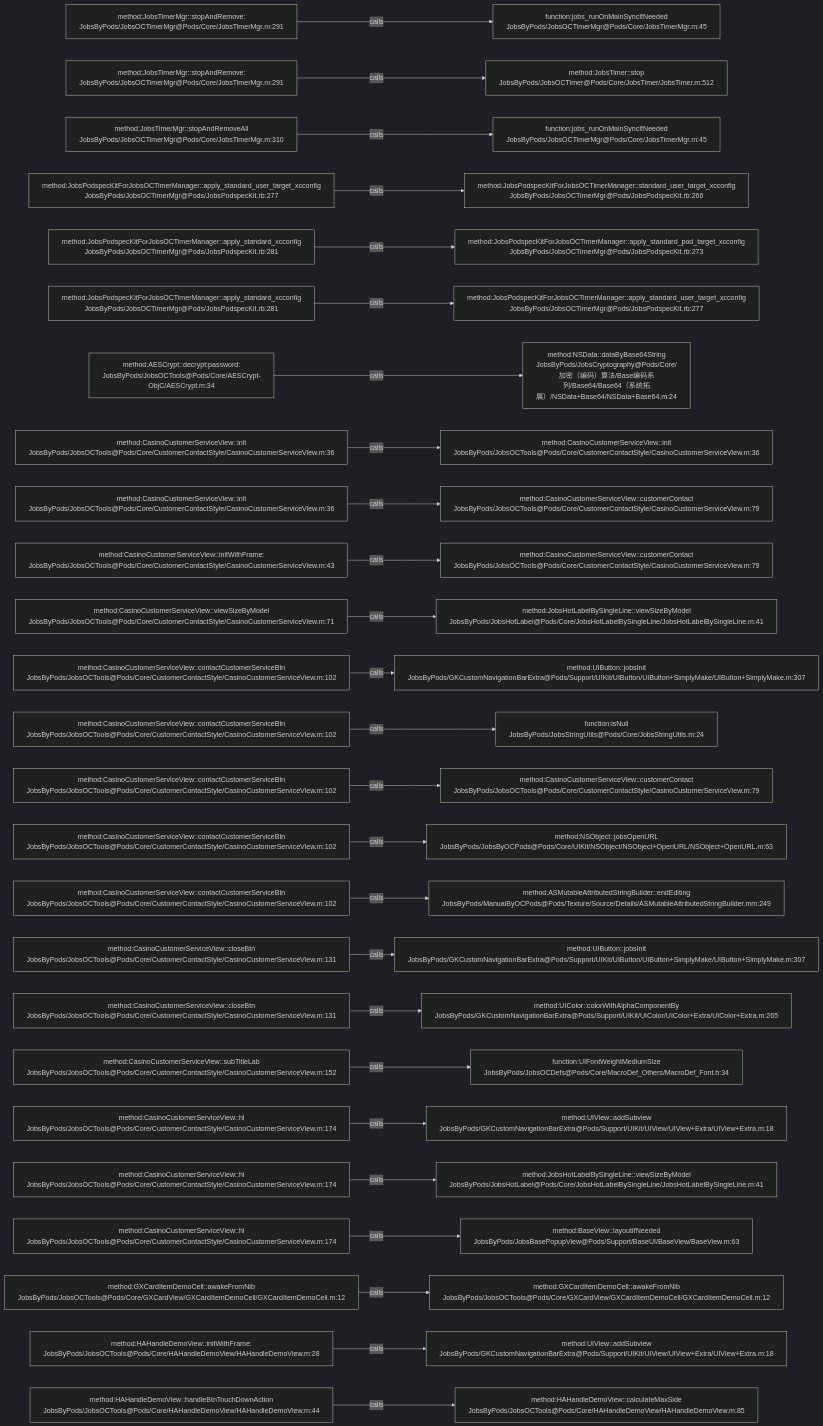
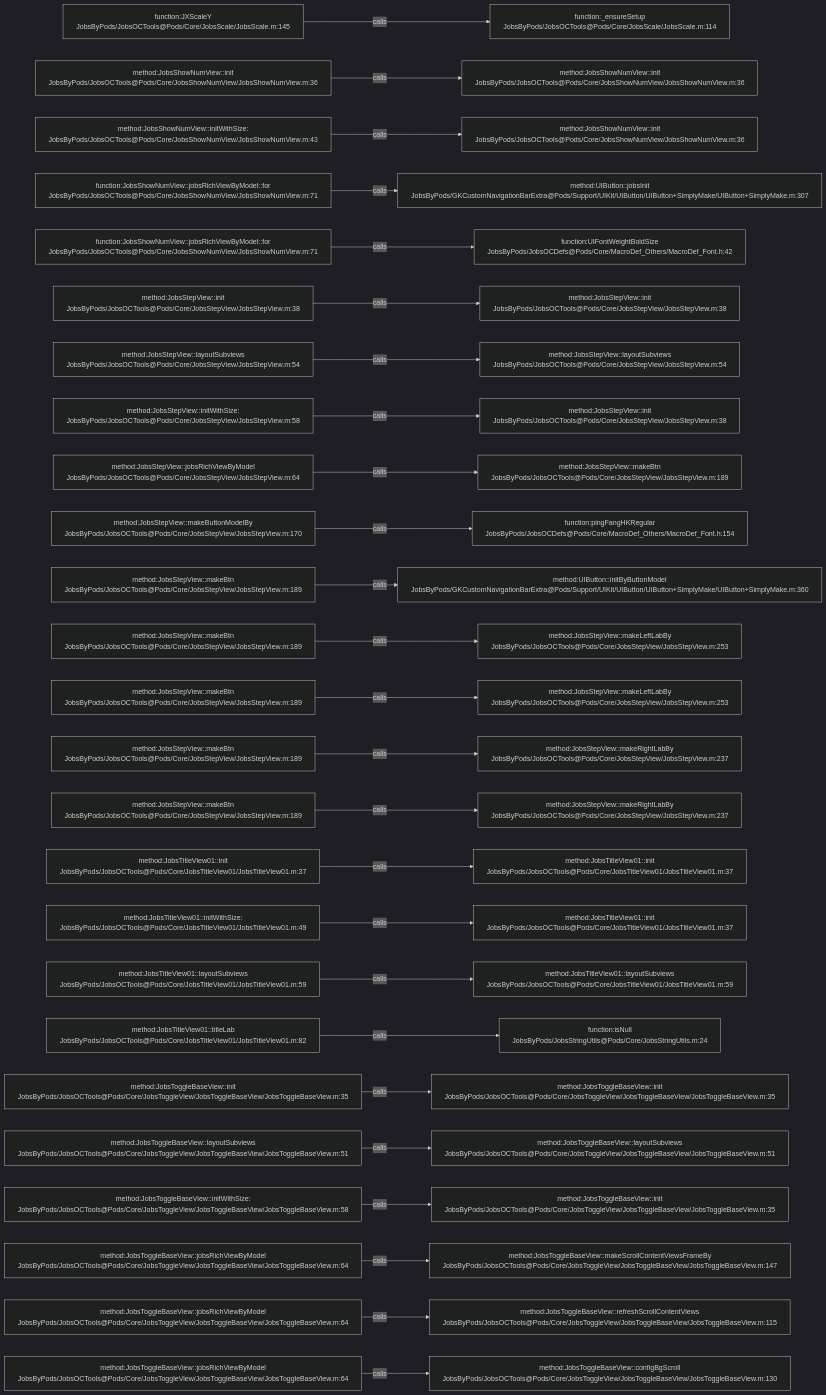
The diagram in .codegraph/codegraph.md/graphs/calls-147.md (JobsKits/JobsOCBaseConfigDemo), drawn with Mermaid (dark theme) before and after one commit. The commit also changed 639 other files, not shown here.

````diff
--- a/.codegraph/codegraph.md/graphs/calls-147.md
+++ b/.codegraph/codegraph.md/graphs/calls-147.md
@@ -13,78 +13,78 @@
 ```mermaid
 flowchart LR
-  S1["method:JobsTimerMgr::stopAndRemove:<br/>JobsByPods/JobsOCTimerMgr@Pods/Core/JobsTimerMgr.m:291"]
-  T1["function:jobs_runOnMainSyncIfNeeded<br/>JobsByPods/JobsOCTimerMgr@Pods/Core/JobsTimerMgr.m:45"]
+  S1["function:JXScaleY<br/>JobsByPods/JobsOCTools@Pods/Core/JobsScale/JobsScale.m:145"]
+  T1["function:_ensureSetup<br/>JobsByPods/JobsOCTools@Pods/Core/JobsScale/JobsScale.m:114"]
   S1 -->|calls| T1
-  S2["method:JobsTimerMgr::stopAndRemove:<br/>JobsByPods/JobsOCTimerMgr@Pods/Core/JobsTimerMgr.m:291"]
-  T2["method:JobsTimer::stop<br/>JobsByPods/JobsOCTimer@Pods/Core/JobsTimer/JobsTimer.m:512"]
+  S2["method:JobsShowNumView::init<br/>JobsByPods/JobsOCTools@Pods/Core/JobsShowNumView/JobsShowNumView.m:36"]
+  T2["method:JobsShowNumView::init<br/>JobsByPods/JobsOCTools@Pods/Core/JobsShowNumView/JobsShowNumView.m:36"]
   S2 -->|calls| T2
-  S3["method:JobsTimerMgr::stopAndRemoveAll<br/>JobsByPods/JobsOCTimerMgr@Pods/Core/JobsTimerMgr.m:310"]
-  T3["function:jobs_runOnMainSyncIfNeeded<br/>JobsByPods/JobsOCTimerMgr@Pods/Core/JobsTimerMgr.m:45"]
+  S3["method:JobsShowNumView::initWithSize:<br/>JobsByPods/JobsOCTools@Pods/Core/JobsShowNumView/JobsShowNumView.m:43"]
+  T3["method:JobsShowNumView::init<br/>JobsByPods/JobsOCTools@Pods/Core/JobsShowNumView/JobsShowNumView.m:36"]
   S3 -->|calls| T3
-  S4["method:JobsPodspecKitForJobsOCTimerManager::apply_standard_user_target_xcconfig<br/>JobsByPods/JobsOCTimerMgr@Pods/JobsPodspecKit.rb:277"]
-  T4["method:JobsPodspecKitForJobsOCTimerManager::standard_user_target_xcconfig<br/>JobsByPods/JobsOCTimerMgr@Pods/JobsPodspecKit.rb:266"]
+  S4["function:JobsShowNumView::jobsRichViewByModel::for<br/>JobsByPods/JobsOCTools@Pods/Core/JobsShowNumView/JobsShowNumView.m:71"]
+  T4["method:UIButton::jobsInit<br/>JobsByPods/GKCustomNavigationBarExtra@Pods/Support/UIKit/UIButton/UIButton+SimplyMake/UIButton+SimplyMake.m:307"]
   S4 -->|calls| T4
-  S5["method:JobsPodspecKitForJobsOCTimerManager::apply_standard_xcconfig<br/>JobsByPods/JobsOCTimerMgr@Pods/JobsPodspecKit.rb:281"]
-  T5["method:JobsPodspecKitForJobsOCTimerManager::apply_standard_pod_target_xcconfig<br/>JobsByPods/JobsOCTimerMgr@Pods/JobsPodspecKit.rb:273"]
+  S5["function:JobsShowNumView::jobsRichViewByModel::for<br/>JobsByPods/JobsOCTools@Pods/Core/JobsShowNumView/JobsShowNumView.m:71"]
+  T5["function:UIFontWeightBoldSize<br/>JobsByPods/JobsOCDefs@Pods/Core/MacroDef_Others/MacroDef_Font.h:42"]
   S5 -->|calls| T5
-  S6["method:JobsPodspecKitForJobsOCTimerManager::apply_standard_xcconfig<br/>JobsByPods/JobsOCTimerMgr@Pods/JobsPodspecKit.rb:281"]
-  T6["method:JobsPodspecKitForJobsOCTimerManager::apply_standard_user_target_xcconfig<br/>JobsByPods/JobsOCTimerMgr@Pods/JobsPodspecKit.rb:277"]
+  S6["method:JobsStepView::init<br/>JobsByPods/JobsOCTools@Pods/Core/JobsStepView/JobsStepView.m:38"]
+  T6["method:JobsStepView::init<br/>JobsByPods/JobsOCTools@Pods/Core/JobsStepView/JobsStepView.m:38"]
   S6 -->|calls| T6
-  S7["method:AESCrypt::decrypt:password:<br/>JobsByPods/JobsOCTools@Pods/Core/AESCrypt-ObjC/AESCrypt.m:34"]
-  T7["method:NSData::dataByBase64String<br/>JobsByPods/JobsCryptography@Pods/Core/加密（编码）算法/Base编码系列/Base64/Base64（系统拓展）/NSData+Base64/NSData+Base64.m:24"]
+  S7["method:JobsStepView::layoutSubviews<br/>JobsByPods/JobsOCTools@Pods/Core/JobsStepView/JobsStepView.m:54"]
+  T7["method:JobsStepView::layoutSubviews<br/>JobsByPods/JobsOCTools@Pods/Core/JobsStepView/JobsStepView.m:54"]
   S7 -->|calls| T7
-  S8["method:CasinoCustomerServiceView::init<br/>JobsByPods/JobsOCTools@Pods/Core/CustomerContactStyle/CasinoCustomerServiceView.m:36"]
-  T8["method:CasinoCustomerServiceView::init<br/>JobsByPods/JobsOCTools@Pods/Core/CustomerContactStyle/CasinoCustomerServiceView.m:36"]
+  S8["method:JobsStepView::initWithSize:<br/>JobsByPods/JobsOCTools@Pods/Core/JobsStepView/JobsStepView.m:58"]
+  T8["method:JobsStepView::init<br/>JobsByPods/JobsOCTools@Pods/Core/JobsStepView/JobsStepView.m:38"]
   S8 -->|calls| T8
-  S9["method:CasinoCustomerServiceView::init<br/>JobsByPods/JobsOCTools@Pods/Core/CustomerContactStyle/CasinoCustomerServiceView.m:36"]
-  T9["method:CasinoCustomerServiceView::customerContact<br/>JobsByPods/JobsOCTools@Pods/Core/CustomerContactStyle/CasinoCustomerServiceView.m:79"]
+  S9["method:JobsStepView::jobsRichViewByModel<br/>JobsByPods/JobsOCTools@Pods/Core/JobsStepView/JobsStepView.m:64"]
+  T9["method:JobsStepView::makeBtn<br/>JobsByPods/JobsOCTools@Pods/Core/JobsStepView/JobsStepView.m:189"]
   S9 -->|calls| T9
-  S10["method:CasinoCustomerServiceView::initWithFrame:<br/>JobsByPods/JobsOCTools@Pods/Core/CustomerContactStyle/CasinoCustomerServiceView.m:43"]
-  T10["method:CasinoCustomerServiceView::customerContact<br/>JobsByPods/JobsOCTools@Pods/Core/CustomerContactStyle/CasinoCustomerServiceView.m:79"]
+  S10["method:JobsStepView::makeButtonModelBy<br/>JobsByPods/JobsOCTools@Pods/Core/JobsStepView/JobsStepView.m:170"]
+  T10["function:pingFangHKRegular<br/>JobsByPods/JobsOCDefs@Pods/Core/MacroDef_Others/MacroDef_Font.h:154"]
   S10 -->|calls| T10
-  S11["method:CasinoCustomerServiceView::viewSizeByModel<br/>JobsByPods/JobsOCTools@Pods/Core/CustomerContactStyle/CasinoCustomerServiceView.m:71"]
-  T11["method:JobsHotLabelBySingleLine::viewSizeByModel<br/>JobsByPods/JobsHotLabel@Pods/Core/JobsHotLabelBySingleLine/JobsHotLabelBySingleLine.m:41"]
+  S11["method:JobsStepView::makeBtn<br/>JobsByPods/JobsOCTools@Pods/Core/JobsStepView/JobsStepView.m:189"]
+  T11["method:UIButton::initByButtonModel<br/>JobsByPods/GKCustomNavigationBarExtra@Pods/Support/UIKit/UIButton/UIButton+SimplyMake/UIButton+SimplyMake.m:360"]
   S11 -->|calls| T11
-  S12["method:CasinoCustomerServiceView::contactCustomerServiceBtn<br/>JobsByPods/JobsOCTools@Pods/Core/CustomerContactStyle/CasinoCustomerServiceView.m:102"]
-  T12["method:UIButton::jobsInit<br/>JobsByPods/GKCustomNavigationBarExtra@Pods/Support/UIKit/UIButton/UIButton+SimplyMake/UIButton+SimplyMake.m:307"]
+  S12["method:JobsStepView::makeBtn<br/>JobsByPods/JobsOCTools@Pods/Core/JobsStepView/JobsStepView.m:189"]
+  T12["method:JobsStepView::makeLeftLabBy<br/>JobsByPods/JobsOCTools@Pods/Core/JobsStepView/JobsStepView.m:253"]
   S12 -->|calls| T12
-  S13["method:CasinoCustomerServiceView::contactCustomerServiceBtn<br/>JobsByPods/JobsOCTools@Pods/Core/CustomerContactStyle/CasinoCustomerServiceView.m:102"]
-  T13["function:isNull<br/>JobsByPods/JobsStringUtils@Pods/Core/JobsStringUtils.m:24"]
+  S13["method:JobsStepView::makeBtn<br/>JobsByPods/JobsOCTools@Pods/Core/JobsStepView/JobsStepView.m:189"]
+  T13["method:JobsStepView::makeLeftLabBy<br/>JobsByPods/JobsOCTools@Pods/Core/JobsStepView/JobsStepView.m:253"]
   S13 -->|calls| T13
-  S14["method:CasinoCustomerServiceView::contactCustomerServiceBtn<br/>JobsByPods/JobsOCTools@Pods/Core/CustomerContactStyle/CasinoCustomerServiceView.m:102"]
-  T14["method:CasinoCustomerServiceView::customerContact<br/>JobsByPods/JobsOCTools@Pods/Core/CustomerContactStyle/CasinoCustomerServiceView.m:79"]
+  S14["method:JobsStepView::makeBtn<br/>JobsByPods/JobsOCTools@Pods/Core/JobsStepView/JobsStepView.m:189"]
+  T14["method:JobsStepView::makeRightLabBy<br/>JobsByPods/JobsOCTools@Pods/Core/JobsStepView/JobsStepView.m:237"]
   S14 -->|calls| T14
-  S15["method:CasinoCustomerServiceView::contactCustomerServiceBtn<br/>JobsByPods/JobsOCTools@Pods/Core/CustomerContactStyle/CasinoCustomerServiceView.m:102"]
-  T15["method:NSObject::jobsOpenURL<br/>JobsByPods/JobsByOCPods@Pods/Core/UIKit/NSObject/NSObject+OpenURL/NSObject+OpenURL.m:63"]
+  S15["method:JobsStepView::makeBtn<br/>JobsByPods/JobsOCTools@Pods/Core/JobsStepView/JobsStepView.m:189"]
+  T15["method:JobsStepView::makeRightLabBy<br/>JobsByPods/JobsOCTools@Pods/Core/JobsStepView/JobsStepView.m:237"]
   S15 -->|calls| T15
-  S16["method:CasinoCustomerServiceView::contactCustomerServiceBtn<br/>JobsByPods/JobsOCTools@Pods/Core/CustomerContactStyle/CasinoCustomerServiceView.m:102"]
-  T16["method:ASMutableAttributedStringBuilder::endEditing<br/>JobsByPods/ManualByOCPods@Pods/Texture/Source/Details/ASMutableAttributedStringBuilder.mm:249"]
+  S16["method:JobsTitleView01::init<br/>JobsByPods/JobsOCTools@Pods/Core/JobsTitleView01/JobsTitleView01.m:37"]
+  T16["method:JobsTitleView01::init<br/>JobsByPods/JobsOCTools@Pods/Core/JobsTitleView01/JobsTitleView01.m:37"]
   S16 -->|calls| T16
-  S17["method:CasinoCustomerServiceView::closeBtn<br/>JobsByPods/JobsOCTools@Pods/Core/CustomerContactStyle/CasinoCustomerServiceView.m:131"]
-  T17["method:UIButton::jobsInit<br/>JobsByPods/GKCustomNavigationBarExtra@Pods/Support/UIKit/UIButton/UIButton+SimplyMake/UIButton+SimplyMake.m:307"]
+  S17["method:JobsTitleView01::initWithSize:<br/>JobsByPods/JobsOCTools@Pods/Core/JobsTitleView01/JobsTitleView01.m:49"]
+  T17["method:JobsTitleView01::init<br/>JobsByPods/JobsOCTools@Pods/Core/JobsTitleView01/JobsTitleView01.m:37"]
   S17 -->|calls| T17
-  S18["method:CasinoCustomerServiceView::closeBtn<br/>JobsByPods/JobsOCTools@Pods/Core/CustomerContactStyle/CasinoCustomerServiceView.m:131"]
-  T18["method:UIColor::colorWithAlphaComponentBy<br/>JobsByPods/GKCustomNavigationBarExtra@Pods/Support/UIKit/UIColor/UIColor+Extra/UIColor+Extra.m:265"]
+  S18["method:JobsTitleView01::layoutSubviews<br/>JobsByPods/JobsOCTools@Pods/Core/JobsTitleView01/JobsTitleView01.m:59"]
+  T18["method:JobsTitleView01::layoutSubviews<br/>JobsByPods/JobsOCTools@Pods/Core/JobsTitleView01/JobsTitleView01.m:59"]
   S18 -->|calls| T18
-  S19["method:CasinoCustomerServiceView::subTitleLab<br/>JobsByPods/JobsOCTools@Pods/Core/CustomerContactStyle/CasinoCustomerServiceView.m:152"]
-  T19["function:UIFontWeightMediumSize<br/>JobsByPods/JobsOCDefs@Pods/Core/MacroDef_Others/MacroDef_Font.h:34"]
+  S19["method:JobsTitleView01::titleLab<br/>JobsByPods/JobsOCTools@Pods/Core/JobsTitleView01/JobsTitleView01.m:82"]
+  T19["function:isNull<br/>JobsByPods/JobsStringUtils@Pods/Core/JobsStringUtils.m:24"]
   S19 -->|calls| T19
-  S20["method:CasinoCustomerServiceView::hl<br/>JobsByPods/JobsOCTools@Pods/Core/CustomerContactStyle/CasinoCustomerServiceView.m:174"]
-  T20["method:UIView::addSubview<br/>JobsByPods/GKCustomNavigationBarExtra@Pods/Support/UIKit/UIView/UIView+Extra/UIView+Extra.m:18"]
+  S20["method:JobsToggleBaseView::init<br/>JobsByPods/JobsOCTools@Pods/Core/JobsToggleView/JobsToggleBaseView/JobsToggleBaseView.m:35"]
+  T20["method:JobsToggleBaseView::init<br/>JobsByPods/JobsOCTools@Pods/Core/JobsToggleView/JobsToggleBaseView/JobsToggleBaseView.m:35"]
   S20 -->|calls| T20
-  S21["method:CasinoCustomerServiceView::hl<br/>JobsByPods/JobsOCTools@Pods/Core/CustomerContactStyle/CasinoCustomerServiceView.m:174"]
-  T21["method:JobsHotLabelBySingleLine::viewSizeByModel<br/>JobsByPods/JobsHotLabel@Pods/Core/JobsHotLabelBySingleLine/JobsHotLabelBySingleLine.m:41"]
+  S21["method:JobsToggleBaseView::layoutSubviews<br/>JobsByPods/JobsOCTools@Pods/Core/JobsToggleView/JobsToggleBaseView/JobsToggleBaseView.m:51"]
+  T21["method:JobsToggleBaseView::layoutSubviews<br/>JobsByPods/JobsOCTools@Pods/Core/JobsToggleView/JobsToggleBaseView/JobsToggleBaseView.m:51"]
   S21 -->|calls| T21
-  S22["method:CasinoCustomerServiceView::hl<br/>JobsByPods/JobsOCTools@Pods/Core/CustomerContactStyle/CasinoCustomerServiceView.m:174"]
-  T22["method:BaseView::layoutIfNeeded<br/>JobsByPods/JobsBasePopupView@Pods/Support/BaseUI/BaseView/BaseView.m:63"]
+  S22["method:JobsToggleBaseView::initWithSize:<br/>JobsByPods/JobsOCTools@Pods/Core/JobsToggleView/JobsToggleBaseView/JobsToggleBaseView.m:58"]
+  T22["method:JobsToggleBaseView::init<br/>JobsByPods/JobsOCTools@Pods/Core/JobsToggleView/JobsToggleBaseView/JobsToggleBaseView.m:35"]
   S22 -->|calls| T22
-  S23["method:GXCardItemDemoCell::awakeFromNib<br/>JobsByPods/JobsOCTools@Pods/Core/GXCardView/GXCardItemDemoCell/GXCardItemDemoCell.m:12"]
-  T23["method:GXCardItemDemoCell::awakeFromNib<br/>JobsByPods/JobsOCTools@Pods/Core/GXCardView/GXCardItemDemoCell/GXCardItemDemoCell.m:12"]
+  S23["method:JobsToggleBaseView::jobsRichViewByModel<br/>JobsByPods/JobsOCTools@Pods/Core/JobsToggleView/JobsToggleBaseView/JobsToggleBaseView.m:64"]
+  T23["method:JobsToggleBaseView::makeScrollContentViewsFrameBy<br/>JobsByPods/JobsOCTools@Pods/Core/JobsToggleView/JobsToggleBaseView/JobsToggleBaseView.m:147"]
   S23 -->|calls| T23
-  S24["method:HAHandleDemoView::initWithFrame:<br/>JobsByPods/JobsOCTools@Pods/Core/HAHandleDemoView/HAHandleDemoView.m:28"]
-  T24["method:UIView::addSubview<br/>JobsByPods/GKCustomNavigationBarExtra@Pods/Support/UIKit/UIView/UIView+Extra/UIView+Extra.m:18"]
+  S24["method:JobsToggleBaseView::jobsRichViewByModel<br/>JobsByPods/JobsOCTools@Pods/Core/JobsToggleView/JobsToggleBaseView/JobsToggleBaseView.m:64"]
+  T24["method:JobsToggleBaseView::refreshScrollContentViews<br/>JobsByPods/JobsOCTools@Pods/Core/JobsToggleView/JobsToggleBaseView/JobsToggleBaseView.m:115"]
   S24 -->|calls| T24
-  S25["method:HAHandleDemoView::handleBtnTouchDownAction<br/>JobsByPods/JobsOCTools@Pods/Core/HAHandleDemoView/HAHandleDemoView.m:44"]
-  T25["method:HAHandleDemoView::calculateMaxSide<br/>JobsByPods/JobsOCTools@Pods/Core/HAHandleDemoView/HAHandleDemoView.m:85"]
+  S25["method:JobsToggleBaseView::jobsRichViewByModel<br/>JobsByPods/JobsOCTools@Pods/Core/JobsToggleView/JobsToggleBaseView/JobsToggleBaseView.m:64"]
+  T25["method:JobsToggleBaseView::configBgScroll<br/>JobsByPods/JobsOCTools@Pods/Core/JobsToggleView/JobsToggleBaseView/JobsToggleBaseView.m:130"]
   S25 -->|calls| T25
 ```
````
